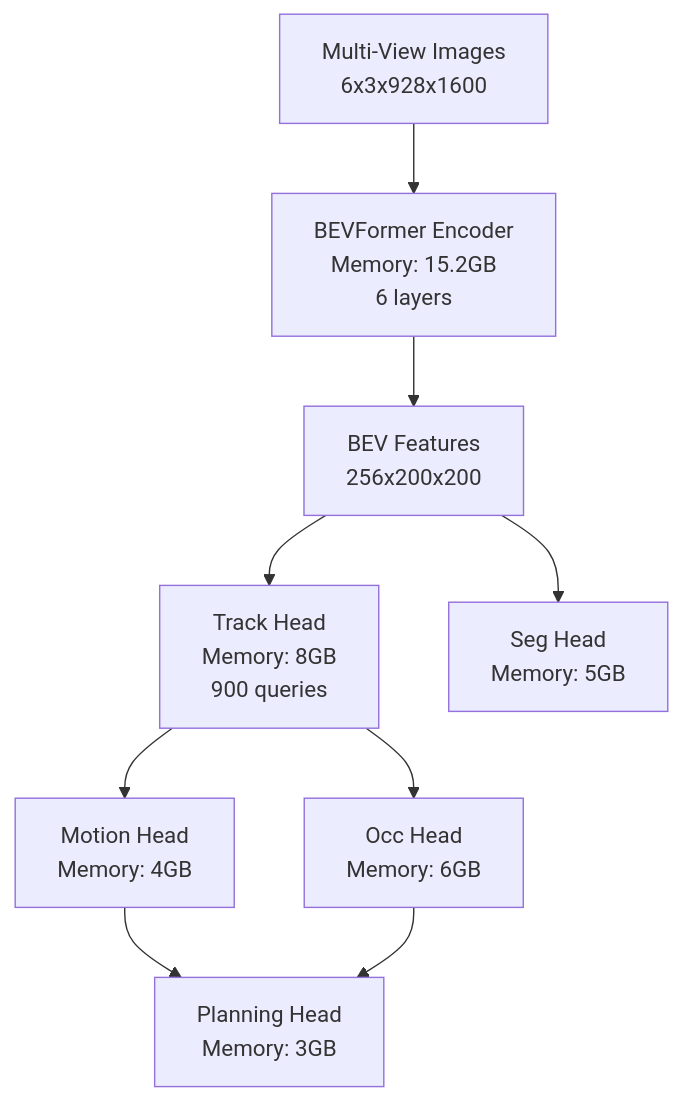
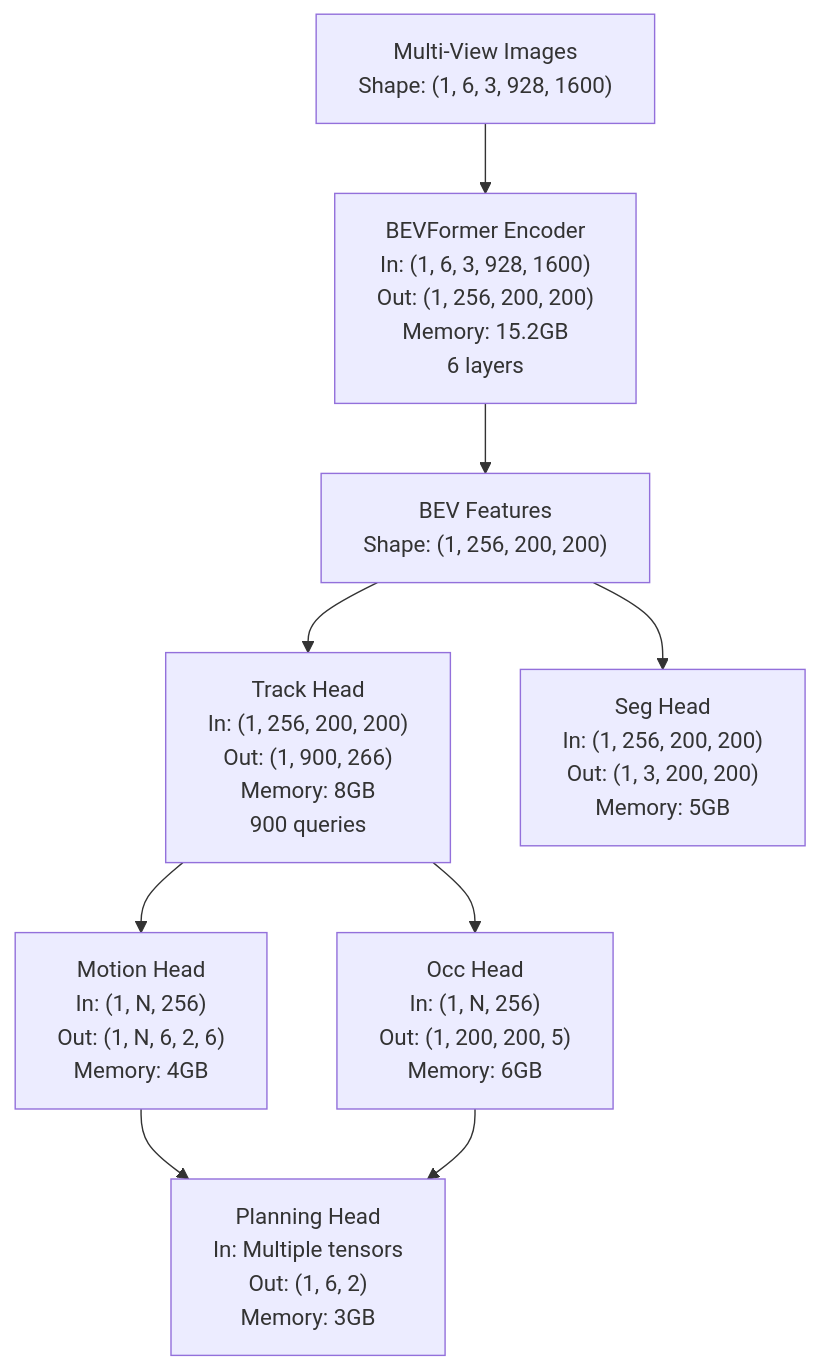
One commit to litanlitudan/UniAD changed the first of 9 diagrams in tools/pytorch_op_tracer/SPEC.md. Above: the diagram before and after it, drawn with Mermaid. The commit also changed other lines of this file, not shown here.

Commit message:
feat: enhance SPEC.md with detailed tensor shape tracking and visualization options for UniAD

````diff
--- a/tools/pytorch_op_tracer/SPEC.md
+++ b/tools/pytorch_op_tracer/SPEC.md
@@ -204,14 +306,14 @@
 ```mermaid
 graph TB
-    Input[Multi-View Images<br/>6x3x928x1600] --> BEVFormer[BEVFormer Encoder<br/>Memory: 15.2GB<br/>6 layers]
-    BEVFormer --> BEV[BEV Features<br/>256x200x200]
+    Input["Multi-View Images<br/>Shape: (1, 6, 3, 928, 1600)"] --> BEVFormer["BEVFormer Encoder<br/>In: (1, 6, 3, 928, 1600)<br/>Out: (1, 256, 200, 200)<br/>Memory: 15.2GB<br/>6 layers"]
+    BEVFormer --> BEV["BEV Features<br/>Shape: (1, 256, 200, 200)"]
     
-    BEV --> TrackHead[Track Head<br/>Memory: 8GB<br/>900 queries]
-    BEV --> SegHead[Seg Head<br/>Memory: 5GB]
+    BEV --> TrackHead["Track Head<br/>In: (1, 256, 200, 200)<br/>Out: (1, 900, 266)<br/>Memory: 8GB<br/>900 queries"]
+    BEV --> SegHead["Seg Head<br/>In: (1, 256, 200, 200)<br/>Out: (1, 3, 200, 200)<br/>Memory: 5GB"]
     
-    TrackHead --> MotionHead[Motion Head<br/>Memory: 4GB]
-    TrackHead --> OccHead[Occ Head<br/>Memory: 6GB]
+    TrackHead --> MotionHead["Motion Head<br/>In: (1, N, 256)<br/>Out: (1, N, 6, 2, 6)<br/>Memory: 4GB"]
+    TrackHead --> OccHead["Occ Head<br/>In: (1, N, 256)<br/>Out: (1, 200, 200, 5)<br/>Memory: 6GB"]
     
-    MotionHead --> PlanHead[Planning Head<br/>Memory: 3GB]
+    MotionHead --> PlanHead["Planning Head<br/>In: Multiple tensors<br/>Out: (1, 6, 2)<br/>Memory: 3GB"]
     OccHead --> PlanHead
 ```
````
